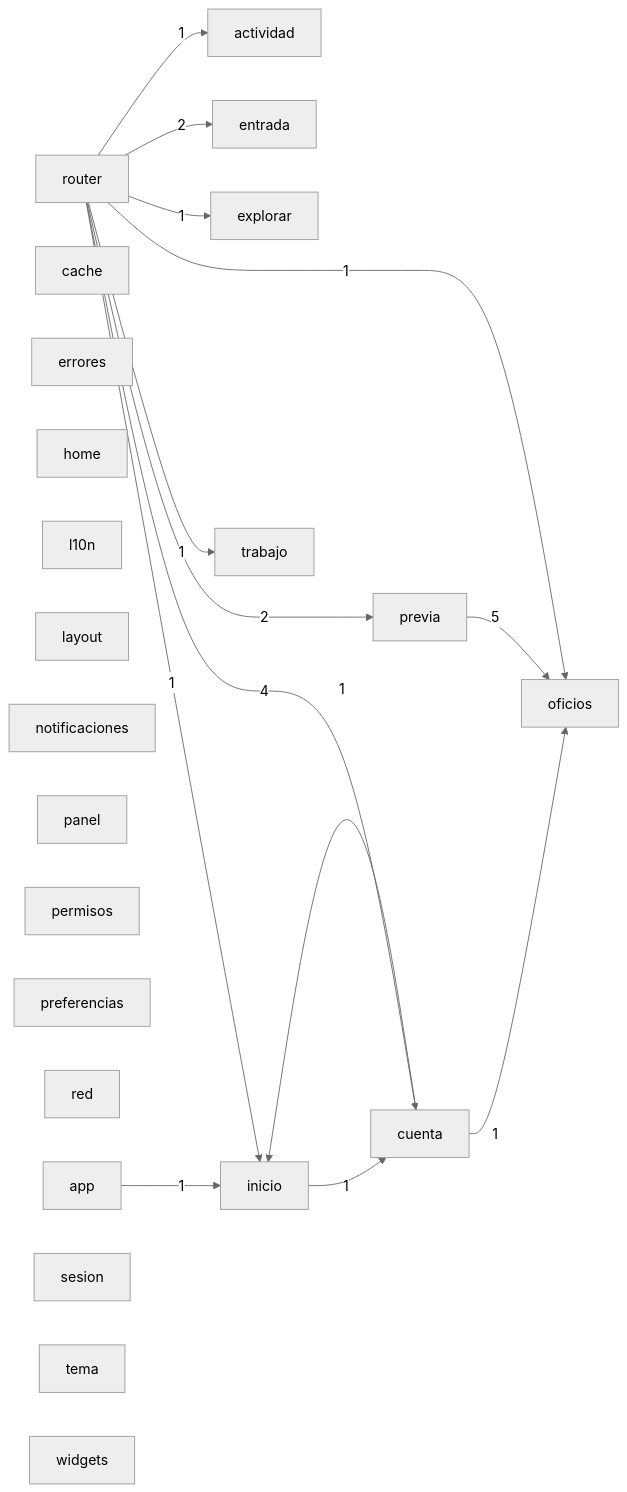
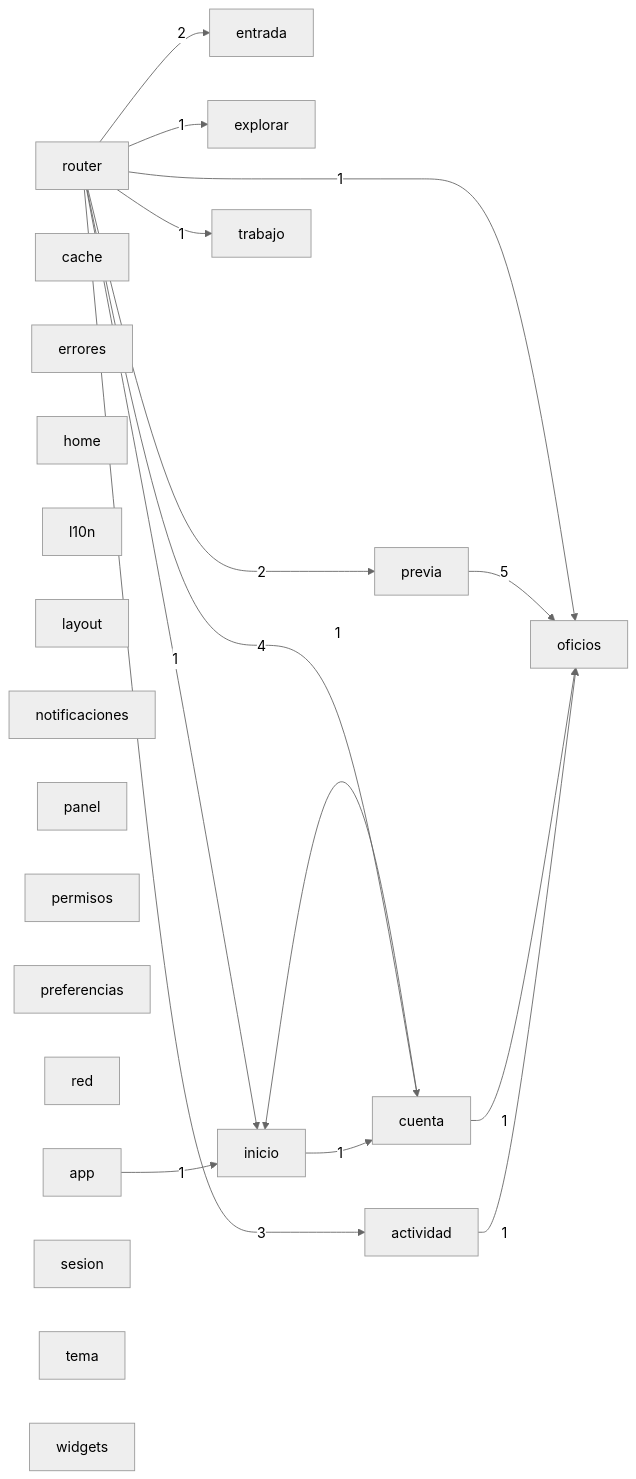
One commit to Tensei-Devs/knock-frontend changed the diagram in docs/architecture/modules.mmd. Above: the diagram before and after it, drawn with Mermaid (neutral theme). The commit also changed 8 other files, not shown here.

```diff
--- a/docs/architecture/modules.mmd
+++ b/docs/architecture/modules.mmd
@@ -1,37 +1,38 @@
 graph LR
   actividad["actividad"]
   app["app"]
   cache["cache"]
   cuenta["cuenta"]
   entrada["entrada"]
   errores["errores"]
   explorar["explorar"]
   home["home"]
   inicio["inicio"]
   l10n["l10n"]
   layout["layout"]
   notificaciones["notificaciones"]
   oficios["oficios"]
   panel["panel"]
   permisos["permisos"]
   preferencias["preferencias"]
   previa["previa"]
   red["red"]
   router["router"]
   sesion["sesion"]
   tema["tema"]
   trabajo["trabajo"]
   widgets["widgets"]
+  actividad -->|1| oficios
   app -->|1| inicio
   cuenta -->|1| inicio
   cuenta -->|1| oficios
   inicio -->|1| cuenta
   previa -->|5| oficios
-  router -->|1| actividad
+  router -->|3| actividad
   router -->|4| cuenta
   router -->|2| entrada
   router -->|1| explorar
   router -->|1| inicio
   router -->|1| oficios
   router -->|2| previa
   router -->|1| trabajo
```
